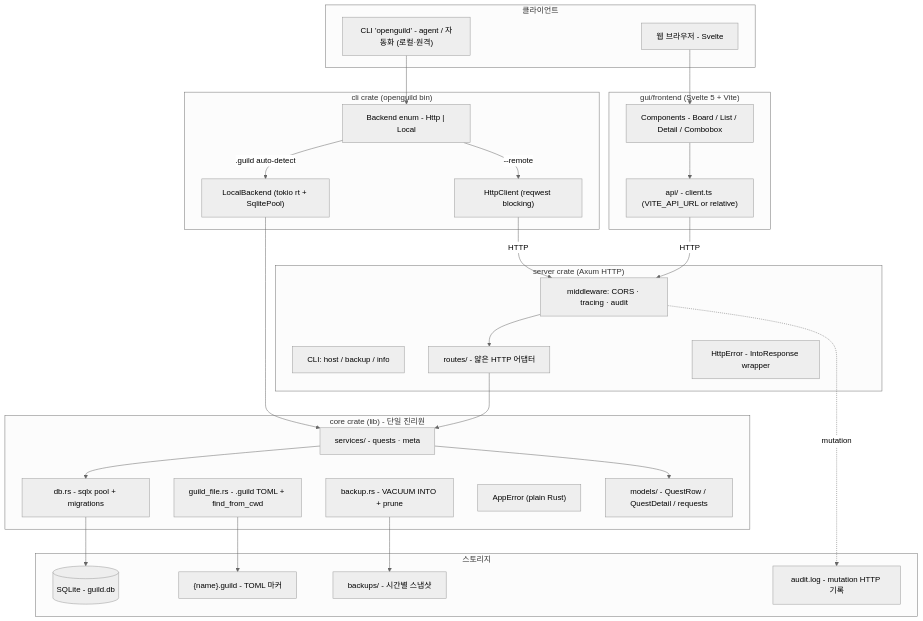
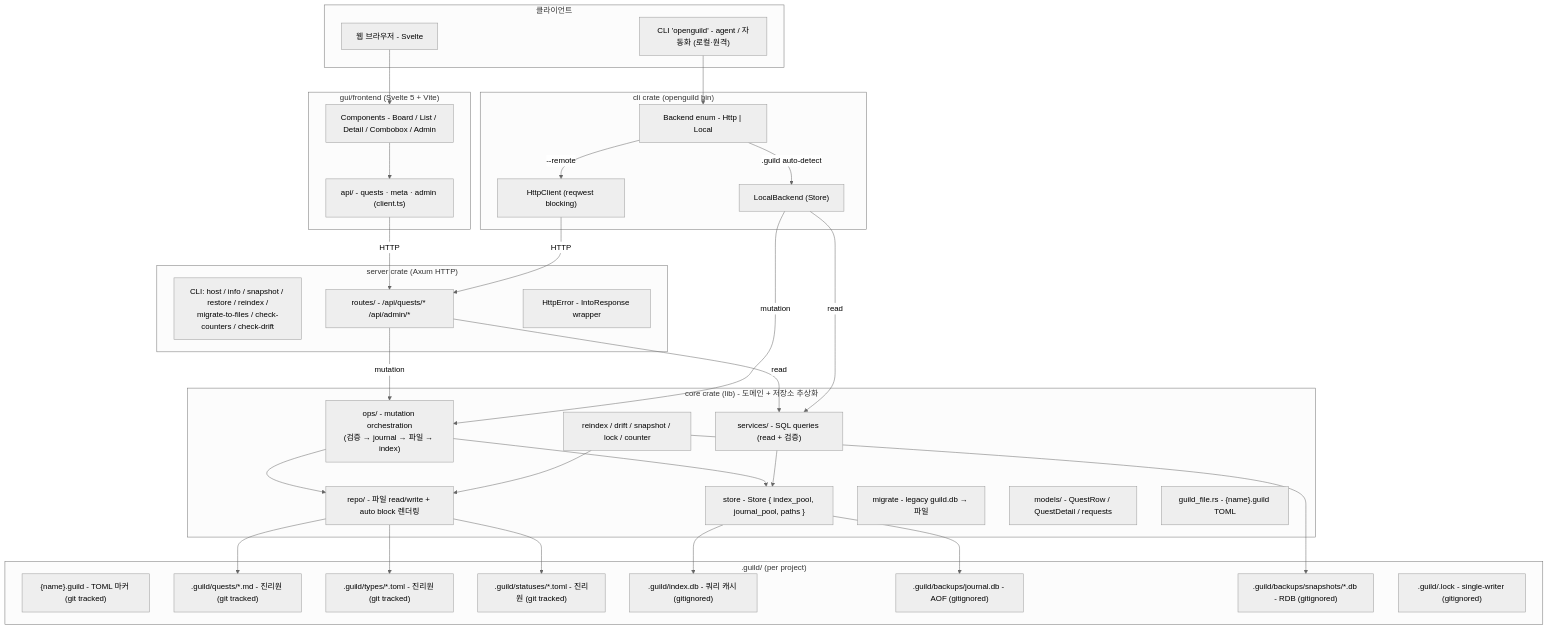
The diagram in docs/architecture.md (Jirung-E/openguild), drawn with Mermaid (neutral theme) before and after one commit. The commit also changed other lines of this file and 11 other files, not shown here.

````diff
--- a/docs/architecture.md
+++ b/docs/architecture.md
@@ -5,54 +5,66 @@
 ```mermaid
 graph TB
     subgraph Clients["클라이언트"]
         WEB[웹 브라우저 - Svelte]
         CLI["CLI 'openguild' - agent / 자동화 (로컬·원격)"]
     end
 
     subgraph Frontend["gui/frontend (Svelte 5 + Vite)"]
-        FE_COMP[Components - Board / List / Detail / Combobox]
-        FE_API["api/ - client.ts (VITE_API_URL or relative)"]
+        FE_COMP[Components - Board / List / Detail / Combobox / Admin]
+        FE_API["api/ - quests · meta · admin (client.ts)"]
     end
 
     subgraph Server["server crate (Axum HTTP)"]
-        SRV_CLI["CLI: host / backup / info"]
-        SRV_ROUTES["routes/ - 얇은 HTTP 어댑터"]
-        SRV_MW["middleware: CORS · tracing · audit"]
+        SRV_CLI["CLI: host / info / snapshot / restore / reindex /<br/>migrate-to-files / check-counters / check-drift"]
+        SRV_ROUTES["routes/ - /api/quests/* /api/admin/*"]
         SRV_ERR["HttpError - IntoResponse wrapper"]
     end
 
     subgraph CliCrate["cli crate (openguild bin)"]
         CLI_BACKEND["Backend enum - Http | Local"]
         CLI_HTTP["HttpClient (reqwest blocking)"]
-        CLI_LOCAL["LocalBackend (tokio rt + SqlitePool)"]
+        CLI_LOCAL["LocalBackend (Store)"]
     end
 
-    subgraph Core["core crate (lib) - 단일 진리원"]
-        CORE_SVC["services/ - quests · meta"]
-        CORE_DB["db.rs - sqlx pool + migrations"]
-        CORE_GUILD["guild_file.rs - .guild TOML + find_from_cwd"]
-        CORE_BACKUP["backup.rs - VACUUM INTO + prune"]
-        CORE_ERR["AppError (plain Rust)"]
+    subgraph Core["core crate (lib) - 도메인 + 저장소 추상화"]
+        CORE_OPS["ops/ - mutation orchestration<br/>(검증 → journal → 파일 → index)"]
+        CORE_SVC["services/ - SQL queries (read + 검증)"]
+        CORE_REPO["repo/ - 파일 read/write + auto block 렌더링"]
+        CORE_STORE["store - Store { index_pool, journal_pool, paths }"]
+        CORE_REINDEX["reindex / drift / snapshot / lock / counter"]
+        CORE_MIGRATE["migrate - legacy guild.db → 파일"]
         CORE_MODELS["models/ - QuestRow / QuestDetail / requests"]
+        CORE_GUILD["guild_file.rs - {name}.guild TOML"]
     end
 
-    subgraph Storage["스토리지"]
-        DB[(SQLite - guild.db)]
-        GF["{name}.guild - TOML 마커"]
-        BAK["backups/ - 시간별 스냅샷"]
-        AUDIT["audit.log - mutation HTTP 기록"]
+    subgraph DotGuild[".guild/ (per project)"]
+        QF["{name}.guild - TOML 마커 (git tracked)"]
+        QM[".guild/quests/*.md - 진리원 (git tracked)"]
+        TM[".guild/types/*.toml - 진리원 (git tracked)"]
+        SM[".guild/statuses/*.toml - 진리원 (git tracked)"]
+        IDX[".guild/index.db - 쿼리 캐시 (gitignored)"]
+        JRN[".guild/backups/journal.db - AOF (gitignored)"]
+        SNP[".guild/backups/snapshots/*.db - RDB (gitignored)"]
+        LCK[".guild/.lock - single-writer (gitignored)"]
     end
 
     WEB --> FE_COMP --> FE_API
-    FE_API -->|HTTP| SRV_MW
+    FE_API -->|HTTP| SRV_ROUTES
     CLI --> CLI_BACKEND
-    CLI_BACKEND -->|--remote| CLI_HTTP -->|HTTP| SRV_MW
+    CLI_BACKEND -->|--remote| CLI_HTTP -->|HTTP| SRV_ROUTES
     CLI_BACKEND -->|.guild auto-detect| CLI_LOCAL
-    SRV_MW --> SRV_ROUTES --> CORE_SVC
-    CLI_LOCAL --> CORE_SVC
-    CORE_SVC --> CORE_MODELS
-    CORE_SVC --> CORE_DB --> DB
-    CORE_GUILD --> GF
-    CORE_BACKUP --> BAK
-    SRV_MW -.->|mutation| AUDIT
+    SRV_ROUTES -->|mutation| CORE_OPS
+    SRV_ROUTES -->|read| CORE_SVC
+    CLI_LOCAL -->|mutation| CORE_OPS
+    CLI_LOCAL -->|read| CORE_SVC
+    CORE_OPS --> CORE_REPO
+    CORE_OPS --> CORE_STORE
+    CORE_SVC --> CORE_STORE
+    CORE_STORE --> IDX
+    CORE_STORE --> JRN
+    CORE_REPO --> QM
+    CORE_REPO --> TM
+    CORE_REPO --> SM
+    CORE_REINDEX --> CORE_REPO
+    CORE_REINDEX --> SNP
 ```
````
